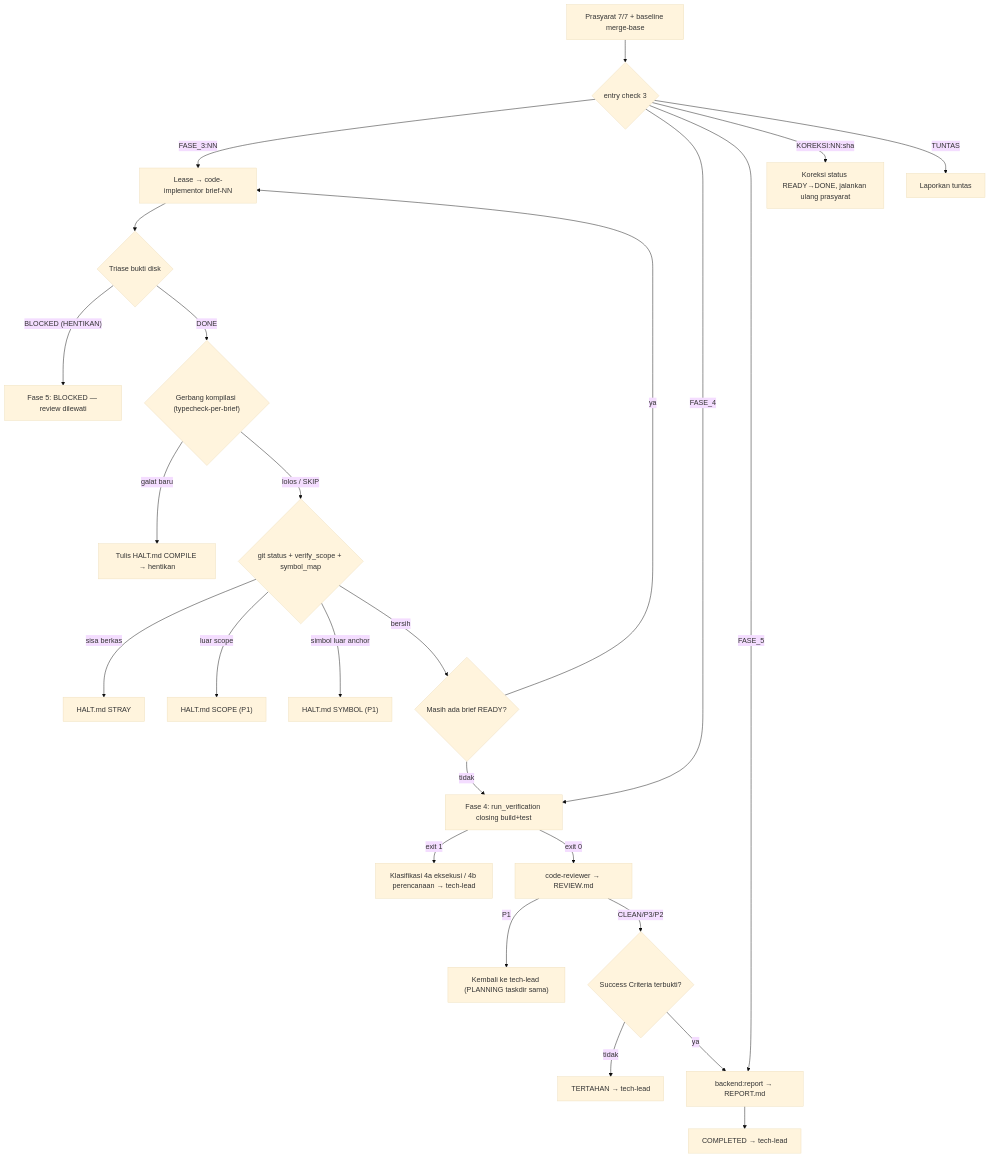
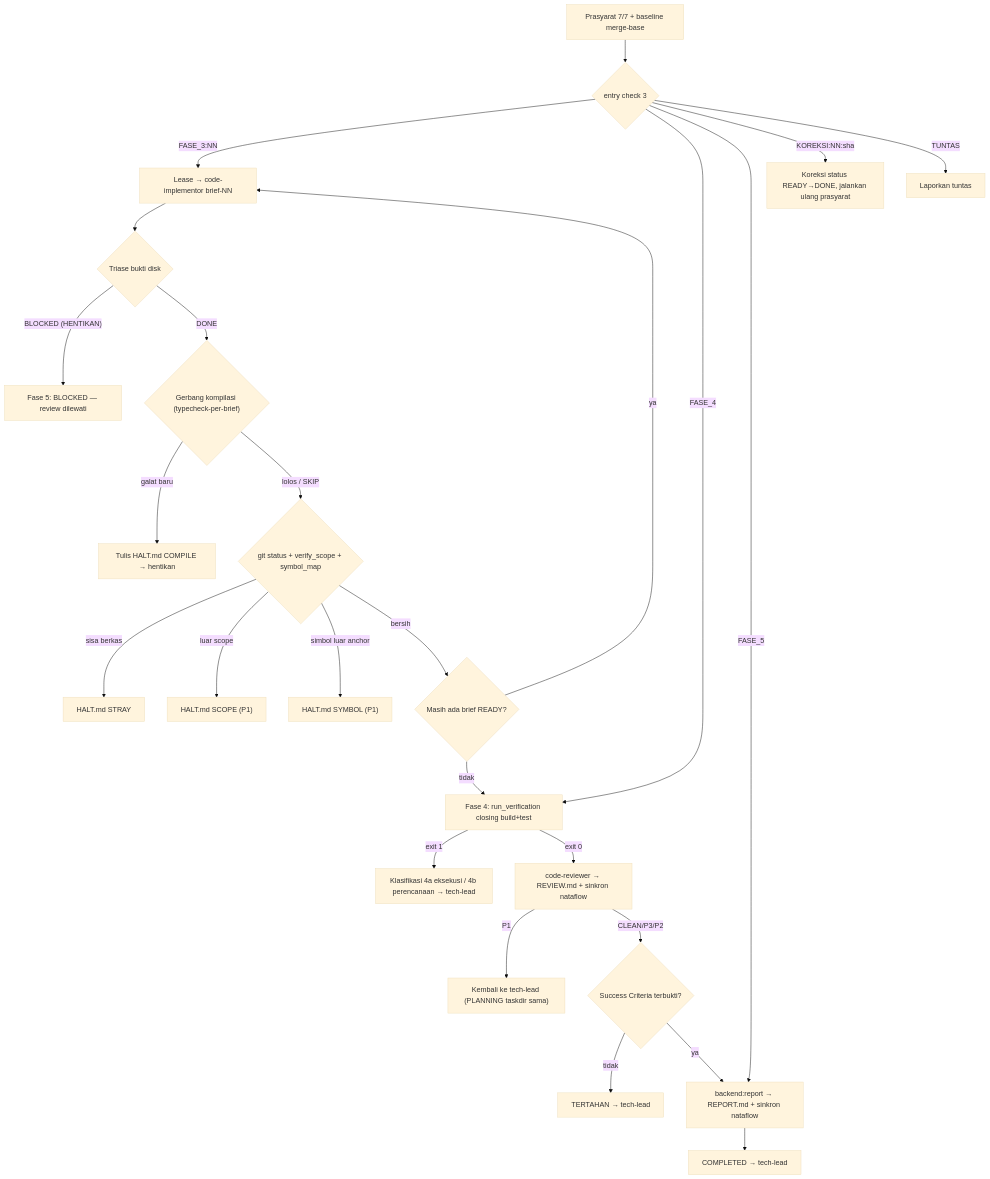
Before and after one commit to nataflow/agentic-workflow: the fifth of 7 diagrams in flow/backend.md, drawn with Mermaid (base theme). The commit also changed other lines of this file and 13 other files, not shown here.

First line of the commit message:
feat(backend,frontend): sinkron nataflow langsung di titik dokumen disetujui atau tuntas (26 S1–S7)

````diff
--- a/flow/backend.md
+++ b/flow/backend.md
@@ -362,27 +362,27 @@
 ```mermaid
 flowchart TD
     P["Prasyarat 7/7 + baseline merge-base"] --> T{"entry check 3"}
     T -->|"FASE_3:NN"| L0
     T -->|FASE_4| V
     T -->|FASE_5| RPT
     T -->|"KOREKSI:NN:sha"| K["Koreksi status READY→DONE, jalankan ulang prasyarat"]
     T -->|TUNTAS| DONEX["Laporkan tuntas"]
     L0["Lease → code-implementor brief-NN"] --> TR{"Triase bukti disk"}
     TR -->|"BLOCKED (HENTIKAN)"| F5B["Fase 5: BLOCKED — review dilewati"]
     TR -->|DONE| CG{"Gerbang kompilasi (typecheck-per-brief)"}
     CG -->|"galat baru"| HALT["Tulis HALT.md COMPILE → hentikan"]
     CG -->|"lolos / SKIP"| VS{"git status + verify_scope + symbol_map"}
     VS -->|"sisa berkas"| HS["HALT.md STRAY"]
     VS -->|"luar scope"| HSC["HALT.md SCOPE (P1)"]
     VS -->|"simbol luar anchor"| HSY["HALT.md SYMBOL (P1)"]
     VS -->|"bersih"| NX{"Masih ada brief READY?"}
     NX -->|ya| L0
     NX -->|tidak| V["Fase 4: run_verification closing build+test"]
     V -->|"exit 1"| F4["Klasifikasi 4a eksekusi / 4b perencanaan → tech-lead"]
-    V -->|"exit 0"| CR["code-reviewer → REVIEW.md"]
+    V -->|"exit 0"| CR["code-reviewer → REVIEW.md + sinkron nataflow"]
     CR -->|P1| RTL["Kembali ke tech-lead (PLANNING taskdir sama)"]
     CR -->|"CLEAN/P3/P2"| SCG{"Success Criteria terbukti?"}
     SCG -->|tidak| TT["TERTAHAN → tech-lead"]
-    SCG -->|ya| RPT["backend:report → REPORT.md"]
+    SCG -->|ya| RPT["backend:report → REPORT.md + sinkron nataflow"]
     RPT --> OK["COMPLETED → tech-lead"]
 ```
````
